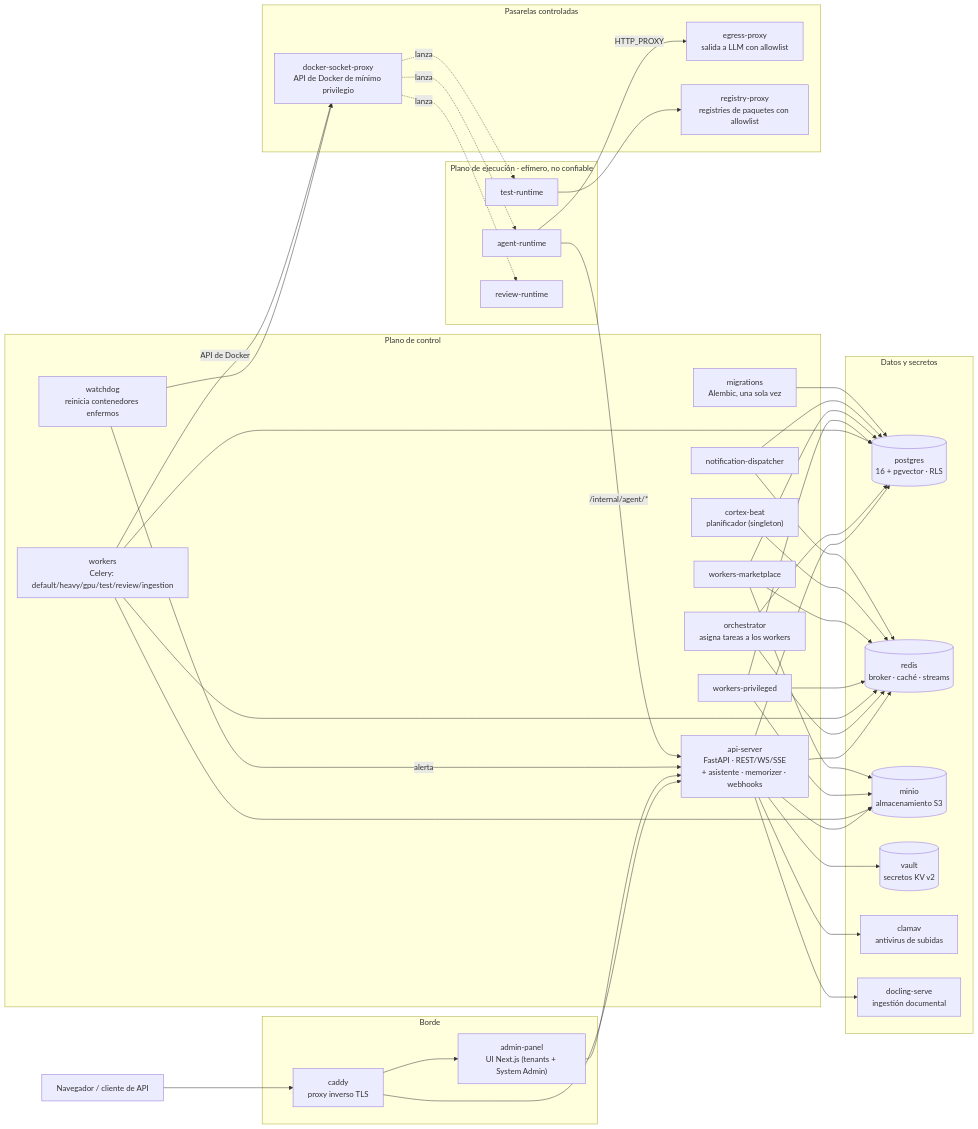
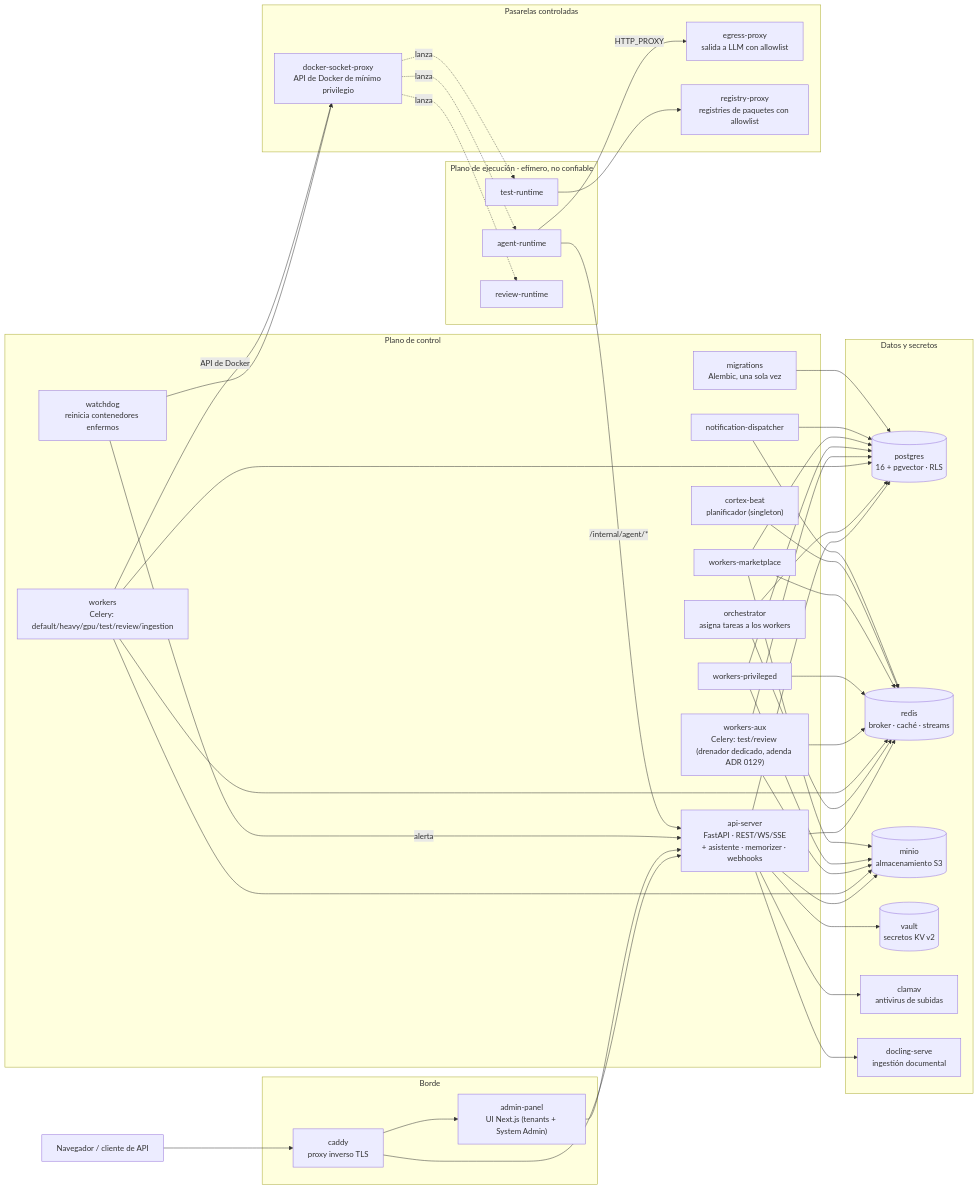
One commit to daycry/agent-ai-multitenant changed the first of 6 diagrams in docs/01-overview/03-diagrams.es.md. Above: the diagram before and after it, drawn with Mermaid. The commit also changed 98 other files, not shown here.

````diff
--- a/docs/01-overview/03-diagrams.es.md
+++ b/docs/01-overview/03-diagrams.es.md
@@ -42,60 +42,61 @@
 ```mermaid
 flowchart LR
     client["Navegador / cliente de API"]
 
     subgraph edge["Borde"]
         caddy["caddy<br/>proxy inverso TLS"]
         admin_panel["admin-panel<br/>UI Next.js (tenants + System Admin)"]
     end
 
     subgraph control["Plano de control"]
         api_server["api-server<br/>FastAPI · REST/WS/SSE<br/>+ asistente · memorizer · webhooks"]
         orchestrator["orchestrator<br/>asigna tareas a los workers"]
         workers["workers<br/>Celery: default/heavy/gpu/test/review/ingestion"]
+        workers_aux["workers-aux<br/>Celery: test/review (drenador dedicado, adenda ADR 0129)"]
         workers_privileged["workers-privileged"]
         workers_marketplace["workers-marketplace"]
         cortex_beat["cortex-beat<br/>planificador (singleton)"]
         notification_dispatcher["notification-dispatcher"]
         watchdog["watchdog<br/>reinicia contenedores enfermos"]
         migrations["migrations<br/>Alembic, una sola vez"]
     end
 
     subgraph data["Datos y secretos"]
         postgres[("postgres<br/>16 + pgvector · RLS")]
         redis[("redis<br/>broker · caché · streams")]
         minio[("minio<br/>almacenamiento S3")]
         vault[("vault<br/>secretos KV v2")]
         clamav["clamav<br/>antivirus de subidas"]
         docling_serve["docling-serve<br/>ingestión documental"]
     end
 
     subgraph gateways["Pasarelas controladas"]
         egress_proxy["egress-proxy<br/>salida a LLM con allowlist"]
         registry_proxy["registry-proxy<br/>registries de paquetes con allowlist"]
         docker_socket_proxy["docker-socket-proxy<br/>API de Docker de mínimo privilegio"]
     end
 
     subgraph execution["Plano de ejecución · efímero, no confiable"]
         agent_runtime["agent-runtime"]
         test_runtime["test-runtime"]
         review_runtime["review-runtime"]
     end
 
     client --> caddy
     caddy --> admin_panel
     caddy --> api_server
     admin_panel --> api_server
     api_server --> postgres & redis & minio & vault & clamav & docling_serve
     orchestrator --> postgres & redis
-    workers & workers_privileged & workers_marketplace --> postgres & redis & minio
+    workers & workers_aux & workers_privileged & workers_marketplace --> postgres & redis & minio
     cortex_beat --> redis
     notification_dispatcher --> postgres & redis
     migrations --> postgres
     watchdog -- alerta --> api_server
     watchdog --> docker_socket_proxy
     workers -- API de Docker --> docker_socket_proxy
     docker_socket_proxy -. lanza .-> agent_runtime & test_runtime & review_runtime
     agent_runtime -- HTTP_PROXY --> egress_proxy
     test_runtime --> registry_proxy
     agent_runtime -- "/internal/agent/*" --> api_server
 ```
````
